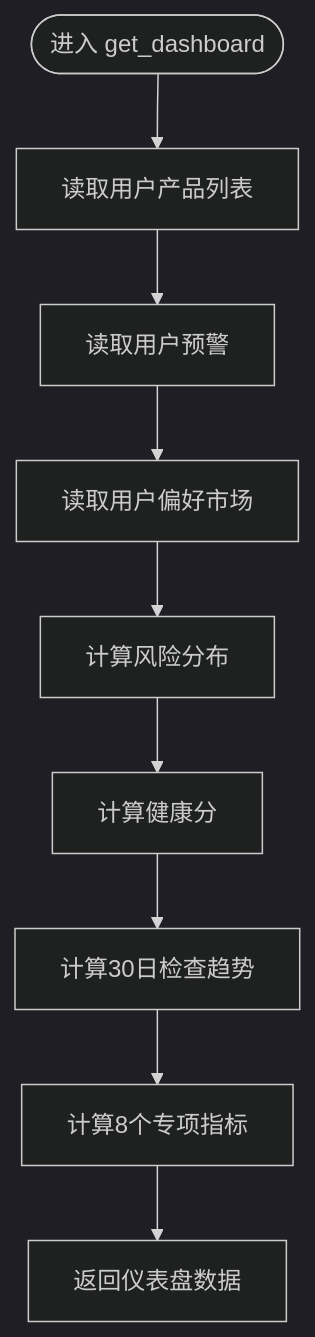
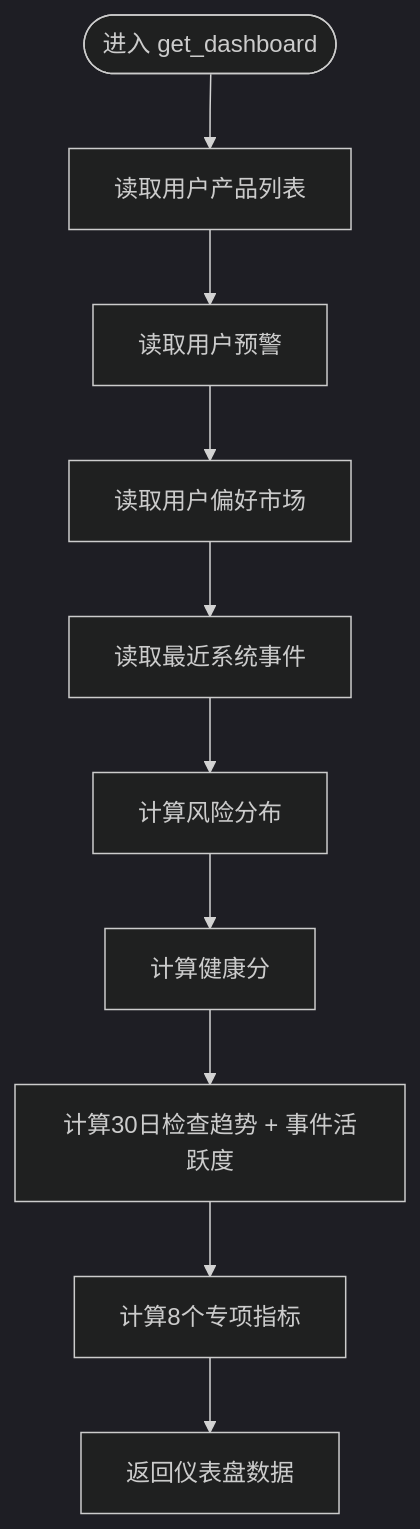
One commit to angledick/- changed the third of 9 diagrams in .qoder/repowiki/zh/content/监控与运维/系统健康监控.md. Above: the diagram before and after it, drawn with Mermaid (dark theme). The commit also changed other lines of this file and 193 other files, not shown here.

````diff
--- a/.qoder/repowiki/zh/content/监控与运维/系统健康监控.md
+++ b/.qoder/repowiki/zh/content/监控与运维/系统健康监控.md
@@ -146,11 +199,12 @@
 ```mermaid
 flowchart TD
 Start(["进入 get_dashboard"]) --> LoadProducts["读取用户产品列表"]
 LoadProducts --> LoadAlerts["读取用户预警"]
 LoadAlerts --> LoadMarkets["读取用户偏好市场"]
-LoadMarkets --> CalcRisk["计算风险分布"]
+LoadMarkets --> LoadEvents["读取最近系统事件"]
+LoadEvents --> CalcRisk["计算风险分布"]
 CalcRisk --> CalcScore["计算健康分"]
-CalcScore --> CalcTrend["计算30日检查趋势"]
+CalcScore --> CalcTrend["计算30日检查趋势 + 事件活跃度"]
 CalcTrend --> CalcMetrics["计算8个专项指标"]
 CalcMetrics --> Return["返回仪表盘数据"]
 ```
````
